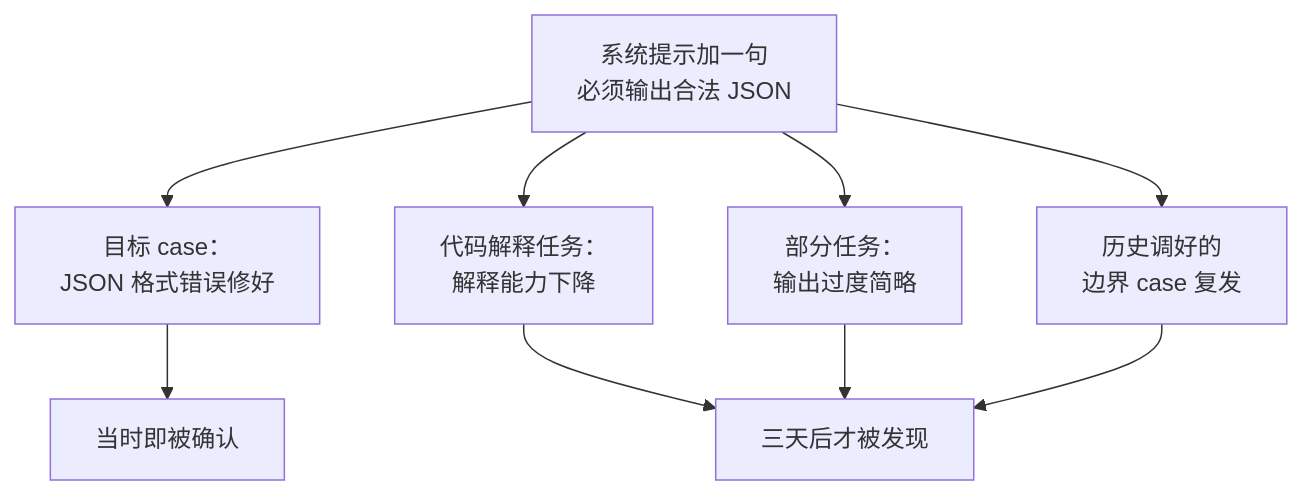
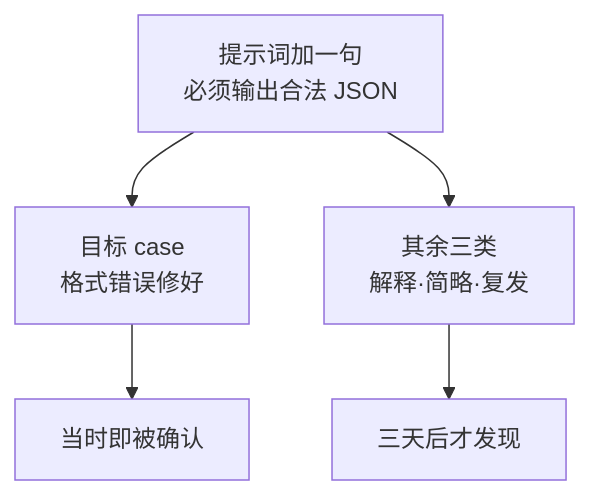
One commit to hub138/technical-knowledge changed the first of 3 diagrams in vault/工程知识/AI 系统工程：从模型能力到生产能力/质量与运营/提示词是代码要版本化和回归测试.md. Above: the diagram before and after it, drawn with Mermaid. The commit also changed other lines of this file and 622 other files, not shown here.

````diff
--- a/vault/工程知识/AI 系统工程：从模型能力到生产能力/质量与运营/提示词是代码要版本化和回归测试.md
+++ b/vault/工程知识/AI 系统工程：从模型能力到生产能力/质量与运营/提示词是代码要版本化和回归测试.md
@@ -42,11 +47,7 @@
 ```mermaid
 flowchart TB
-    a["系统提示加一句<br/>必须输出合法 JSON"] --> b1["目标 case：<br/>JSON 格式错误修好"]
-    a --> b2["代码解释任务：<br/>解释能力下降"]
-    a --> b3["部分任务：<br/>输出过度简略"]
-    a --> b4["历史调好的<br/>边界 case 复发"]
+    a["提示词加一句<br/>必须输出合法 JSON"] --> b1["目标 case<br/>格式错误修好"]
+    a --> b2["其余三类<br/>解释·简略·复发"]
     b1 --> c1["当时即被确认"]
-    b2 --> d["三天后才被发现"]
-    b3 --> d
-    b4 --> d
+    b2 --> d["三天后才发现"]
 ```
````
